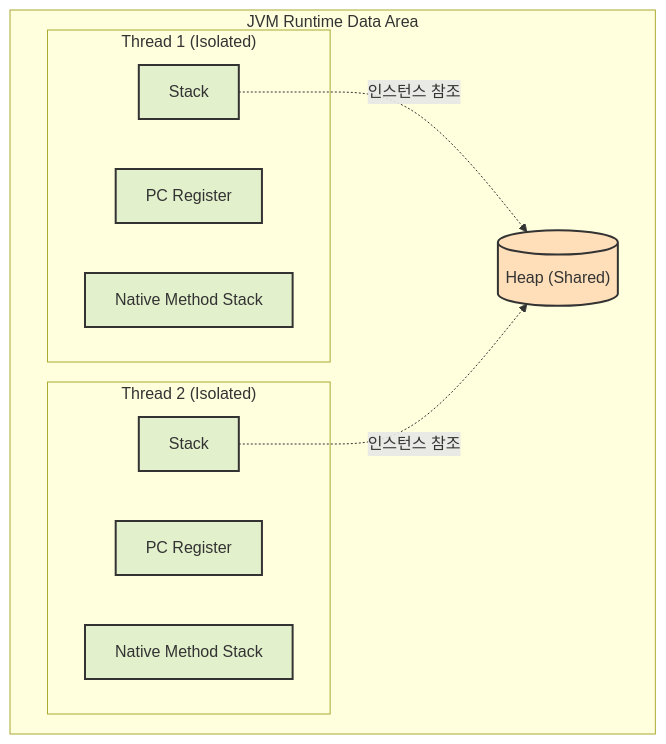
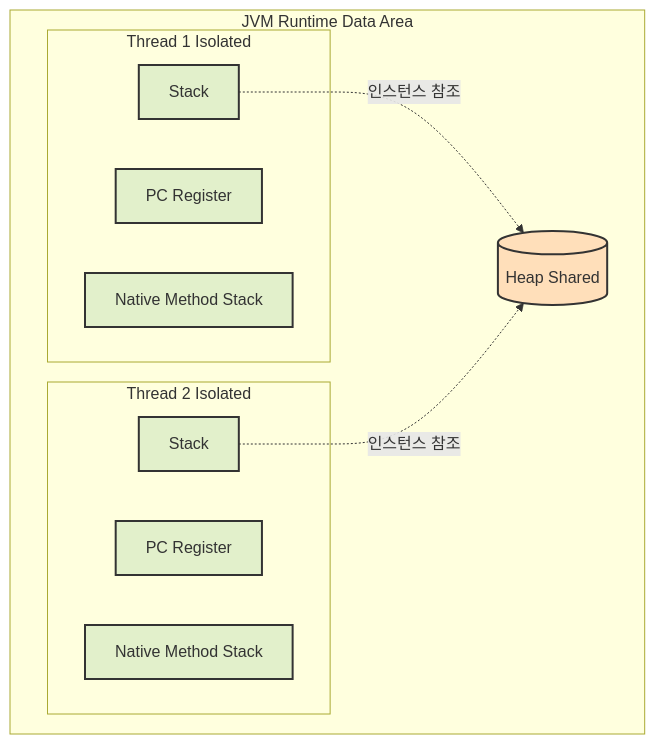
Before and after one commit to Kang-Hyesung/kang-hyesung.github.io: the second of 2 diagrams in _posts/java/14-JVM과_스레드/2026-03-29-플랫폼-스레드와-커널-스레드.md, drawn with Mermaid. The commit also changed other lines of this file and 1 other file, not shown here.

````diff
--- a/_posts/java/14-JVM과_스레드/2026-03-29-플랫폼-스레드와-커널-스레드.md
+++ b/_posts/java/14-JVM과_스레드/2026-03-29-플랫폼-스레드와-커널-스레드.md
@@ -60,30 +61,30 @@
 ```mermaid
 graph TD
-    subgraph "JVM Runtime Data Area"
-        subgraph "Thread 1 (Isolated)"
-            A["Stack"]
-            B["PC Register"]
-            C["Native Method Stack"]
-        end
-        
-        subgraph "Thread 2 (Isolated)"
-            D["Stack"]
-            E["PC Register"]
-            F["Native Method Stack"]
-        end
-        
-        G[("Heap (Shared)")]
-        
-        A -.->|인스턴스 참조| G
-        D -.->|인스턴스 참조| G
-    end
+    subgraph jvm_area [JVM Runtime Data Area]
+        subgraph t1_area [Thread 1 Isolated]
+            A["Stack"]
+            B["PC Register"]
+            C["Native Method Stack"]
+        end
+        
+        subgraph t2_area [Thread 2 Isolated]
+            D["Stack"]
+            E["PC Register"]
+            F["Native Method Stack"]
+        end
+        
+        G[("Heap Shared")]
+        
+        A -. "인스턴스 참조" .-> G
+        D -. "인스턴스 참조" .-> G
+    end
 
-    %% 스타일 정의
-    style A fill:#e2f0cb,stroke:#333,stroke-width:2px
-    style B fill:#e2f0cb,stroke:#333,stroke-width:2px
-    style C fill:#e2f0cb,stroke:#333,stroke-width:2px
-    style D fill:#e2f0cb,stroke:#333,stroke-width:2px
-    style E fill:#e2f0cb,stroke:#333,stroke-width:2px
-    style F fill:#e2f0cb,stroke:#333,stroke-width:2px
-    style G fill:#ffdfba,stroke:#333,stroke-width:2px
+    %% 스타일 정의
+    style A fill:#e2f0cb,stroke:#333,stroke-width:2px
+    style B fill:#e2f0cb,stroke:#333,stroke-width:2px
+    style C fill:#e2f0cb,stroke:#333,stroke-width:2px
+    style D fill:#e2f0cb,stroke:#333,stroke-width:2px
+    style E fill:#e2f0cb,stroke:#333,stroke-width:2px
+    style F fill:#e2f0cb,stroke:#333,stroke-width:2px
+    style G fill:#ffdfba,stroke:#333,stroke-width:2px
 ```
````
